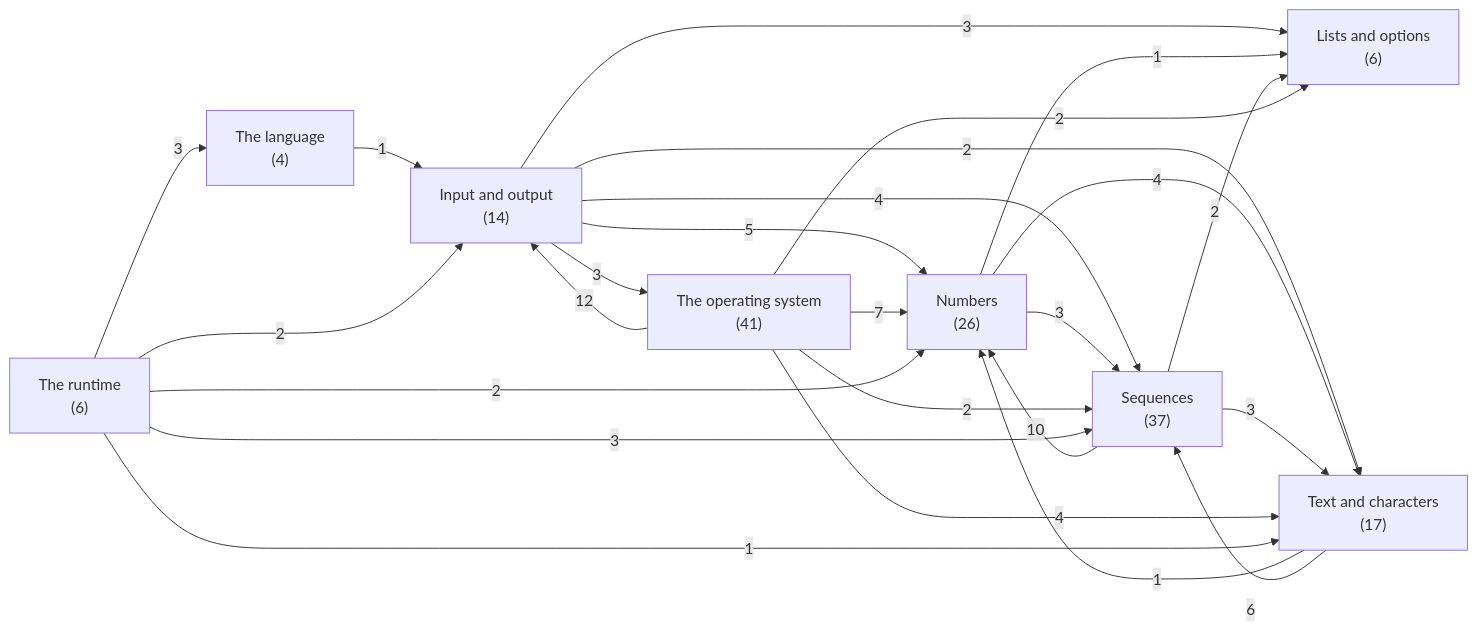
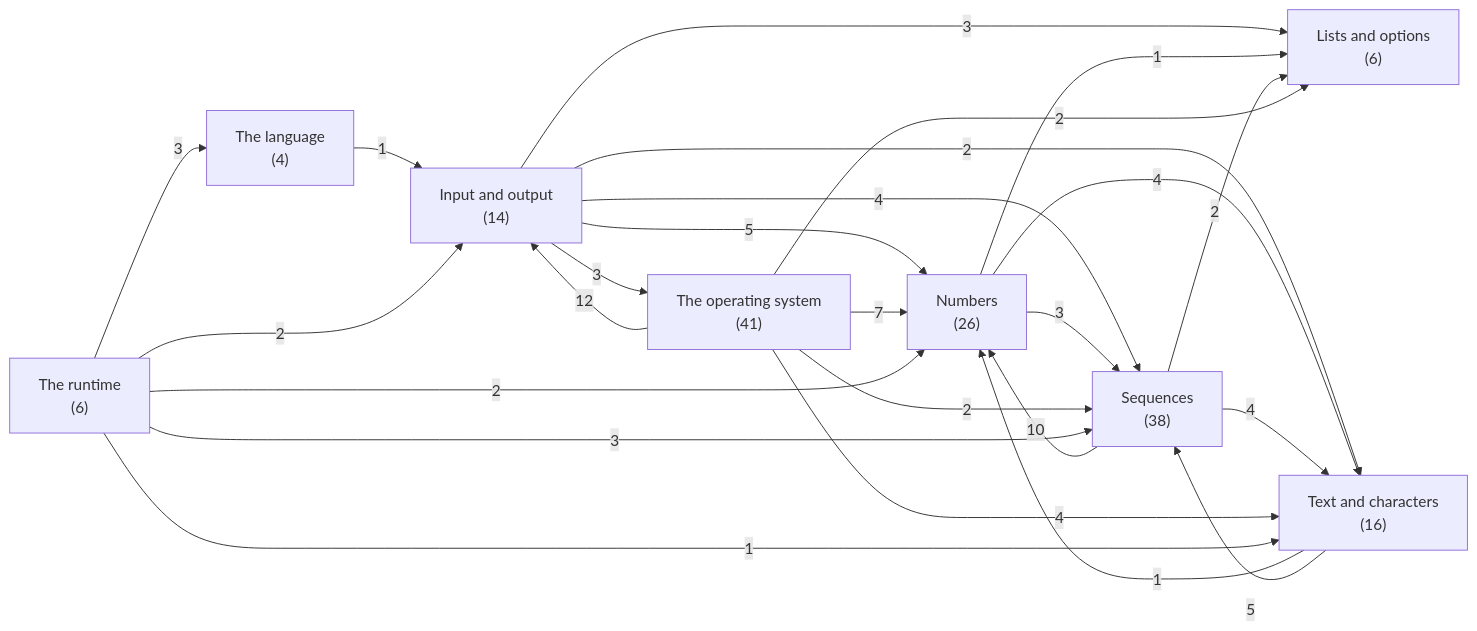
The first of 9 diagrams in docs/generated/basis/depends.md (ruudkoot/rune), drawn with Mermaid before and after one commit. The commit also changed other lines of this file and 72 other files, not shown here.

````diff
--- a/docs/generated/basis/depends.md
+++ b/docs/generated/basis/depends.md
@@ -24,35 +24,35 @@
 ```mermaid
 flowchart LR
   a0["The language<br>(4)"]
-  a1["Text and characters<br>(17)"]
+  a1["Text and characters<br>(16)"]
   a2["Lists and options<br>(6)"]
   a3["Numbers<br>(26)"]
-  a4["Sequences<br>(37)"]
+  a4["Sequences<br>(38)"]
   a5["The operating system<br>(41)"]
   a6["Input and output<br>(14)"]
   a7["The runtime<br>(6)"]
   a6 -- 3 --> a2
   a6 -- 5 --> a3
   a6 -- 4 --> a4
   a6 -- 2 --> a1
   a6 -- 3 --> a5
   a3 -- 1 --> a2
   a3 -- 3 --> a4
   a3 -- 4 --> a1
   a4 -- 2 --> a2
   a4 -- 10 --> a3
-  a4 -- 3 --> a1
+  a4 -- 4 --> a1
   a1 -- 1 --> a3
-  a1 -- 6 --> a4
+  a1 -- 5 --> a4
   a0 -- 1 --> a6
   a5 -- 12 --> a6
   a5 -- 2 --> a2
   a5 -- 7 --> a3
   a5 -- 2 --> a4
   a5 -- 4 --> a1
   a7 -- 2 --> a6
   a7 -- 2 --> a3
   a7 -- 3 --> a4
   a7 -- 1 --> a1
   a7 -- 3 --> a0
 ```
````
